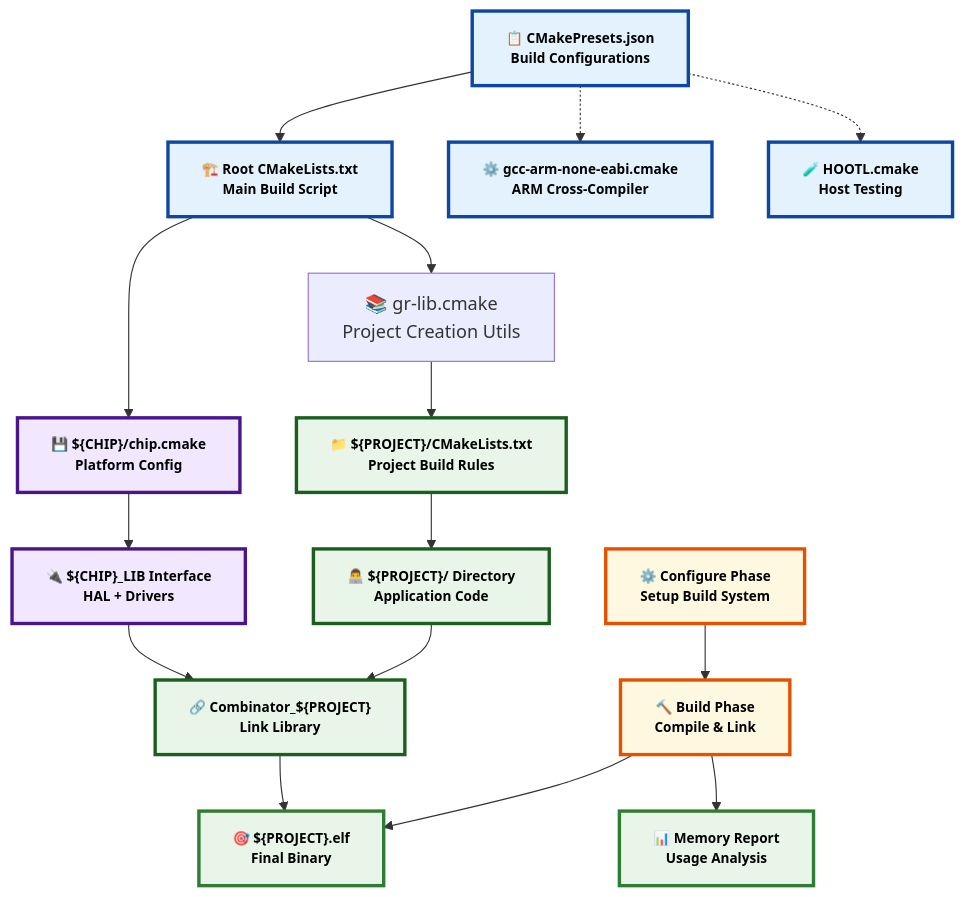
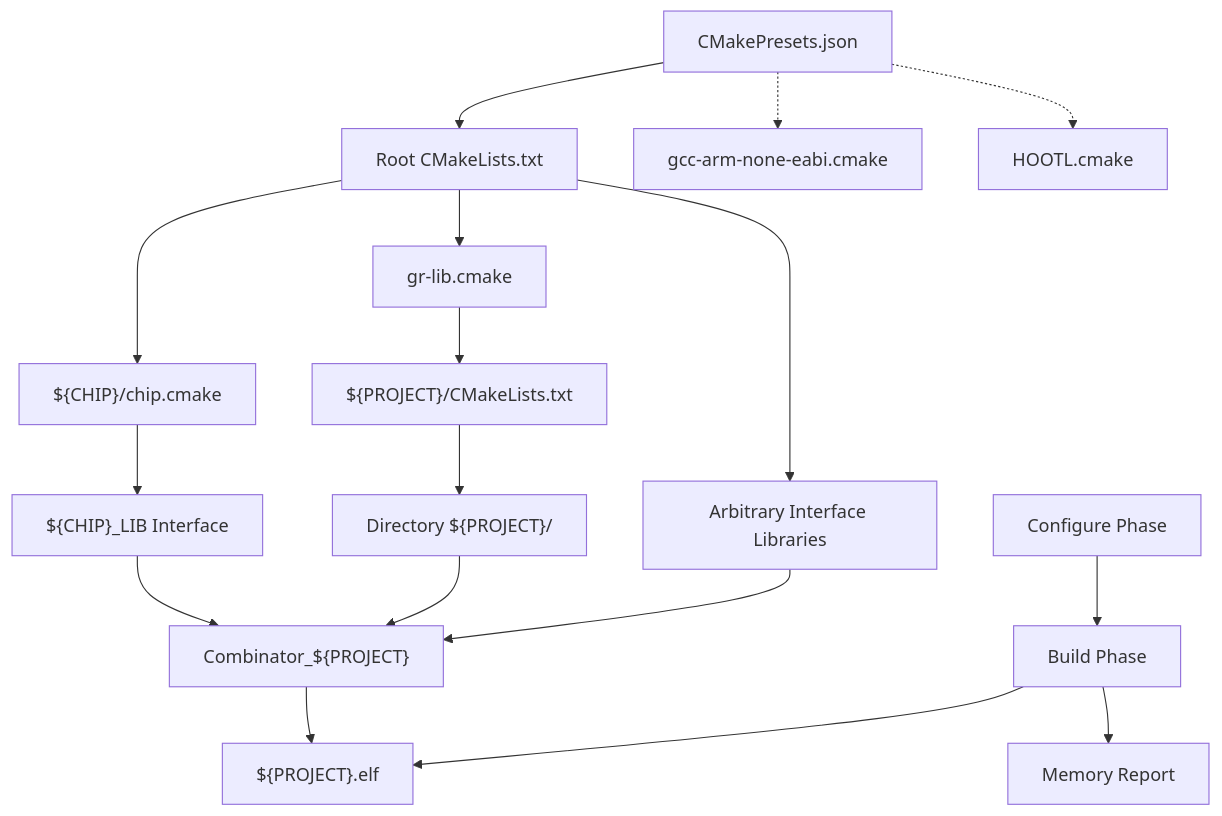
One commit to Gaucho-Racing/Firmware changed the diagram in CMAKE.md. Above: the diagram before and after it, drawn with Mermaid. The commit also changed other lines of this file, not shown here.

First line of the commit message:
Update Documentation in `CMAKE.md` (#138)

````diff
--- a/CMAKE.md
+++ b/CMAKE.md
@@ -44,41 +70,32 @@
 ```mermaid
 flowchart TD
-    %% Configuration Layer
-    Presets["📋 CMakePresets.json<br/>Build Configurations"] --> Root["🏗️ Root CMakeLists.txt<br/>Main Build Script"]
-    Presets -.-> Toolchain1["⚙️ gcc-arm-none-eabi.cmake<br/>ARM Cross-Compiler"]
-    Presets -.-> Toolchain2["🧪 HOOTL.cmake<br/>Host Testing"]
-    
-    %% Core Flow
-    Root --> GRLib["📚 gr-lib.cmake<br/>Project Creation Utils"]
-    Root --> ChipConfig["💾 ${CHIP}/chip.cmake<br/>Platform Config"]
-    
-    %% Platform & Project
-    GRLib --> ProjectCMake["📁 ${PROJECT}/CMakeLists.txt<br/>Project Build Rules"]
-    ChipConfig --> PlatformLib["🔌 ${CHIP}_LIB Interface<br/>HAL + Drivers"]
-    
-    %% Linking
-    ProjectCMake --> UserCode["👨‍💻 ${PROJECT}/ Directory<br/>Application Code"]
-    PlatformLib --> Combinator["🔗 Combinator_${PROJECT}<br/>Link Library"]
-    UserCode --> Combinator
-    
-    %% Output
-    Combinator --> Executable["🎯 ${PROJECT}.elf<br/>Final Binary"]
-    
-    %% Build Process
-    Configure["⚙️ Configure Phase<br/>Setup Build System"] --> Build["🔨 Build Phase<br/>Compile & Link"]
-    Build --> Memory["📊 Memory Report<br/>Usage Analysis"]
-    Build --> Executable
-    
-    %% Enhanced Styling with better contrast and readability
-    classDef config fill:#E3F2FD,stroke:#0D47A1,stroke-width:3px,color:#000000,font-weight:bold,font-size:12px
-    classDef platform fill:#F1E8FF,stroke:#4A148C,stroke-width:3px,color:#000000,font-weight:bold,font-size:12px
-    classDef project fill:#E8F5E8,stroke:#1B5E20,stroke-width:3px,color:#000000,font-weight:bold,font-size:12px
-    classDef build fill:#FFF8E1,stroke:#E65100,stroke-width:3px,color:#000000,font-weight:bold,font-size:12px
-    classDef output fill:#E8F5E8,stroke:#2E7D32,stroke-width:3px,color:#000000,font-weight:bold,font-size:12px
-    
-    class Presets,Root,Toolchain1,Toolchain2 config
-    class ChipConfig,PlatformLib platform
-    class ProjectCMake,UserCode,Combinator project
-    class Configure,Build build
-    class Executable,Memory output
+   %% Configuration Layer
+   Presets["CMakePresets.json"] --> Root["Root CMakeLists.txt"]
+   Presets -.-> Toolchain1["gcc-arm-none-eabi.cmake"]
+   Presets -.-> Toolchain2["HOOTL.cmake"]
+
+   %% Core Flow
+   Root --> GRLib["gr-lib.cmake"]
+   Root --> ChipConfig["${CHIP}/chip.cmake"]
+
+   %% Platform & Project
+   GRLib --> ProjectCMake["${PROJECT}/CMakeLists.txt"]
+   ChipConfig --> PlatformLib["${CHIP}_LIB Interface"]
+
+   %% Linking
+   ProjectCMake --> UserCode["Directory ${PROJECT}/"]
+   PlatformLib --> Combinator["Combinator_${PROJECT}"]
+   UserCode --> Combinator
+
+   %% Arbitrary Interface Libraries
+   Root --> ArbitraryLibs["Arbitrary Interface Libraries"]
+   ArbitraryLibs --> Combinator
+
+   %% Output
+   Combinator --> Executable["${PROJECT}.elf"]
+
+   %% Build Process
+   Configure["Configure Phase"] --> Build["Build Phase"]
+   Build --> Memory["Memory Report"]
+   Build --> Executable
 ```
````
